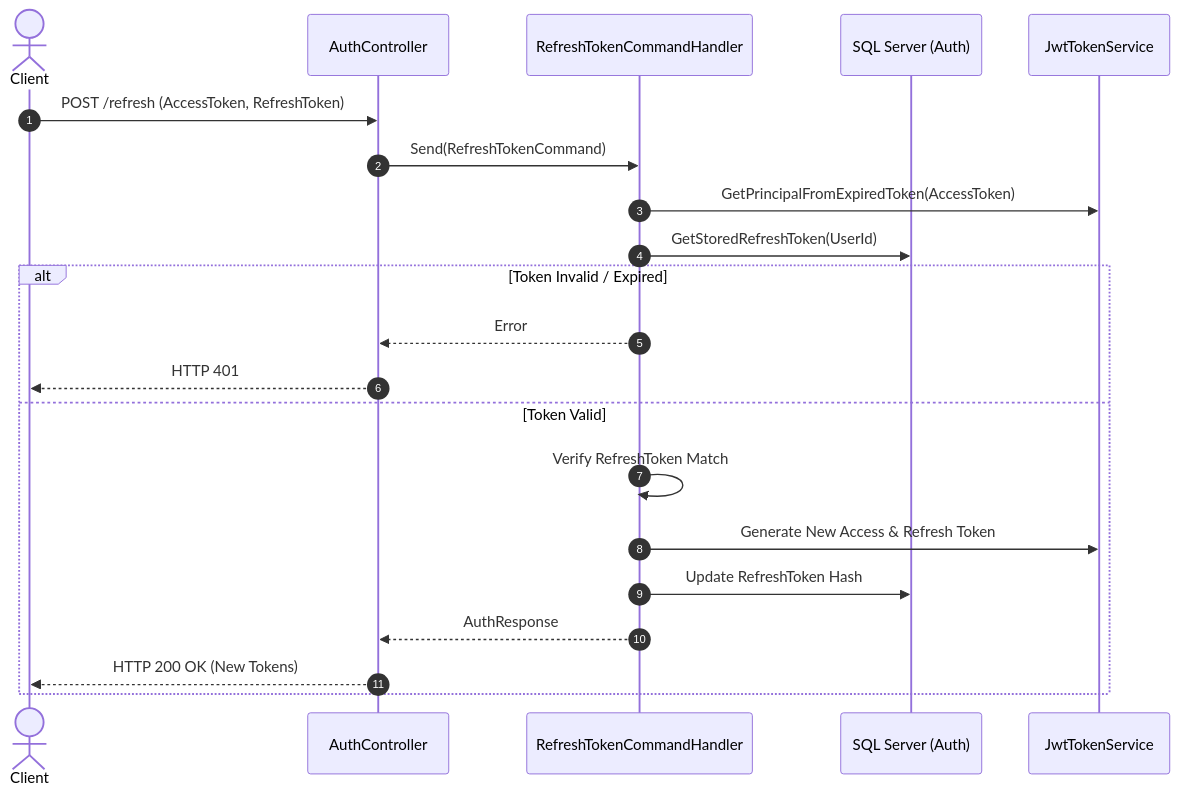
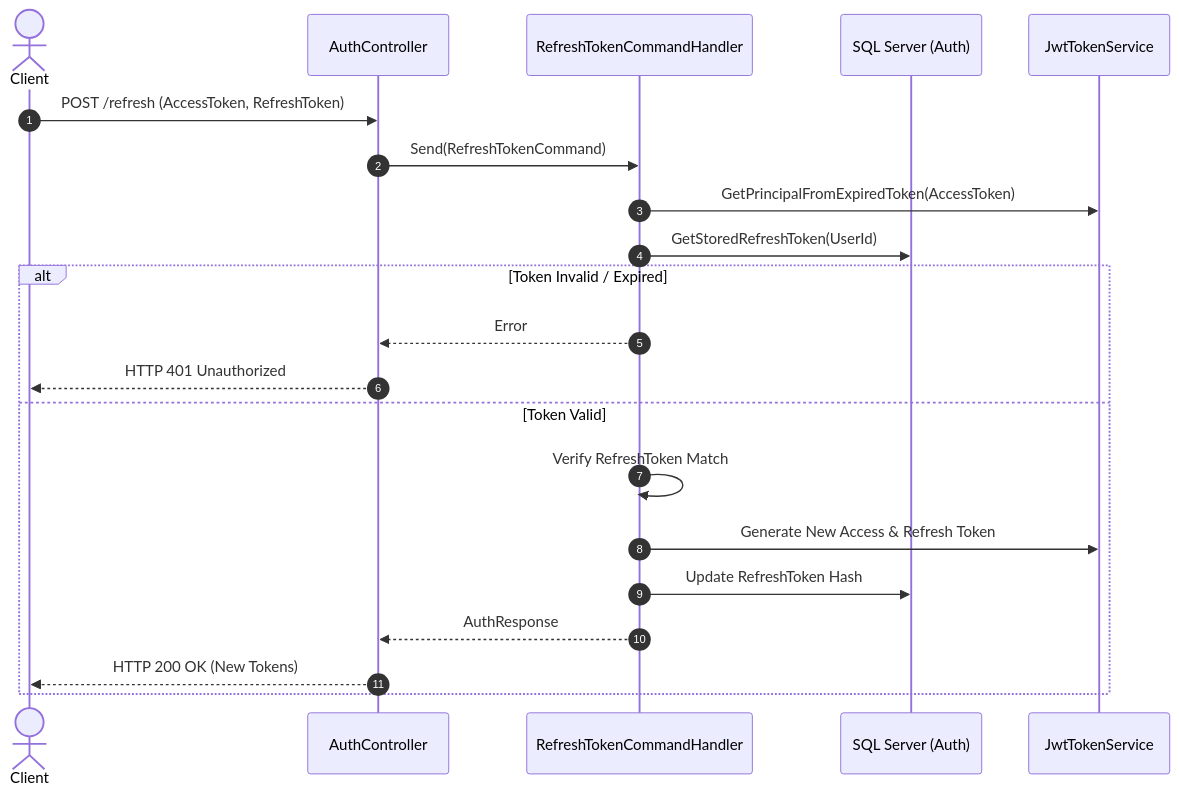
One commit to odealidj/minione-edcl-net changed the third of 8 diagrams in docs/architecture/api-sequence-diagrams.md. Above: the diagram before and after it, drawn with Mermaid. The commit also changed other lines of this file and 21 other files, not shown here.

````diff
--- a/docs/architecture/api-sequence-diagrams.md
+++ b/docs/architecture/api-sequence-diagrams.md
@@ -137,25 +118,25 @@
 ```mermaid
 sequenceDiagram
     autonumber
     actor Client
     participant Ctrl as AuthController
     participant Hndl as RefreshTokenCommandHandler
     participant DB as SQL Server (Auth)
     participant Jwt as JwtTokenService
 
     Client->>Ctrl: POST /refresh (AccessToken, RefreshToken)
     Ctrl->>Hndl: Send(RefreshTokenCommand)
     Hndl->>Jwt: GetPrincipalFromExpiredToken(AccessToken)
     Hndl->>DB: GetStoredRefreshToken(UserId)
     
     alt Token Invalid / Expired
         Hndl-->>Ctrl: Error
-        Ctrl-->>Client: HTTP 401
+        Ctrl-->>Client: HTTP 401 Unauthorized
     else Token Valid
         Hndl->>Hndl: Verify RefreshToken Match
         Hndl->>Jwt: Generate New Access & Refresh Token
         Hndl->>DB: Update RefreshToken Hash
         Hndl-->>Ctrl: AuthResponse
         Ctrl-->>Client: HTTP 200 OK (New Tokens)
     end
 ```
````
